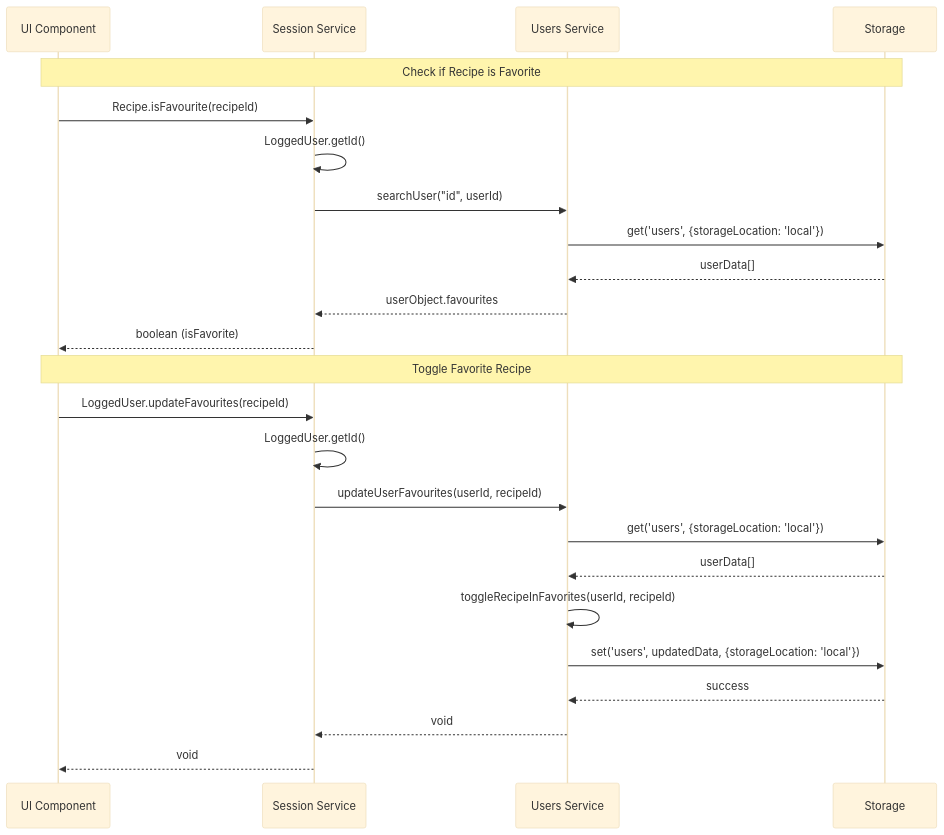
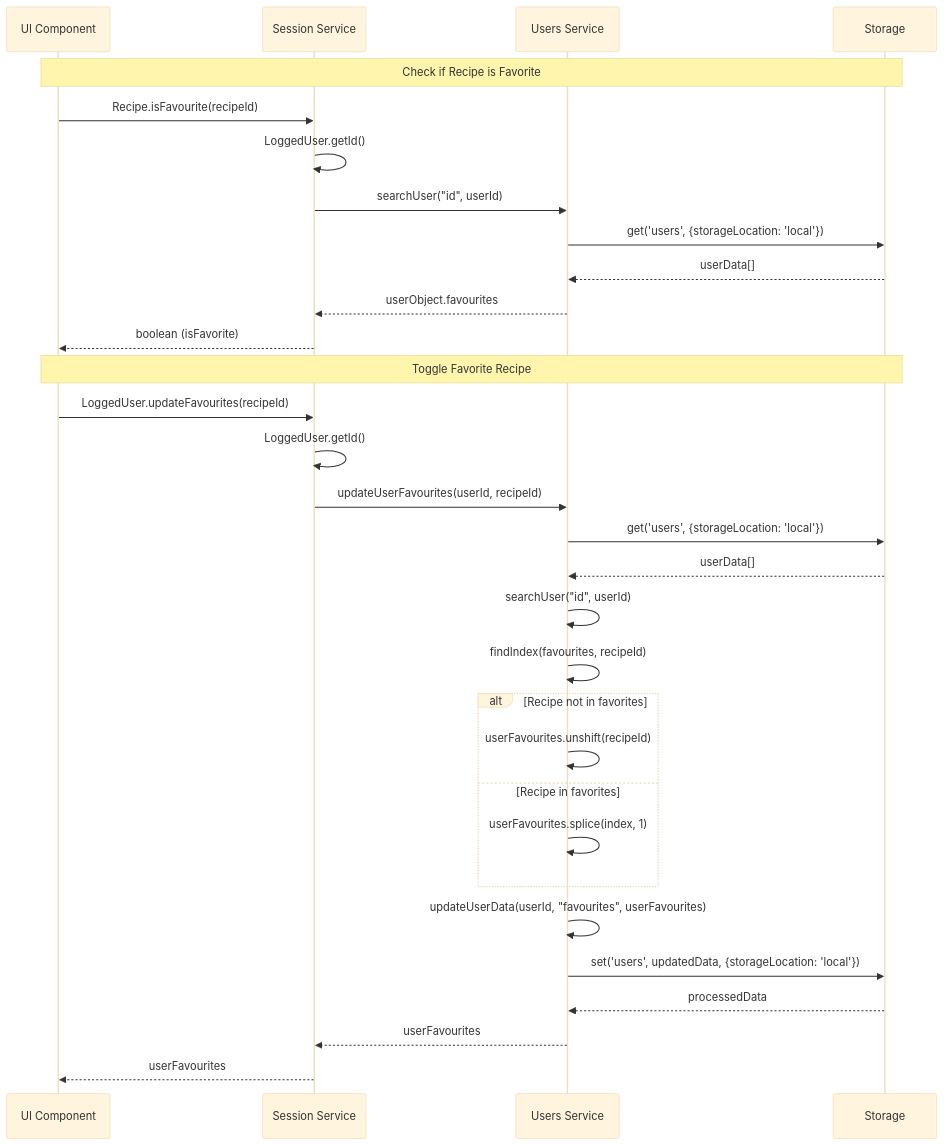
One commit to damiano-g/PGRC-project changed the second of 11 diagrams in documentation/diagrams/04-session-service-sequence.md. Above: the diagram before and after it, drawn with Mermaid (base theme). The commit also changed other lines of this file and 6 other files, not shown here.

````diff
--- a/documentation/diagrams/04-session-service-sequence.md
+++ b/documentation/diagrams/04-session-service-sequence.md
@@ -31,28 +31,35 @@
 ```mermaid
 sequenceDiagram
     participant UI as UI Component
     participant SS as Session Service
     participant US as Users Service
     participant ST as Storage
     
     Note over UI,ST: Check if Recipe is Favorite
     UI->>SS: Recipe.isFavourite(recipeId)
     SS->>SS: LoggedUser.getId()
     SS->>US: searchUser("id", userId)
     US->>ST: get('users', {storageLocation: 'local'})
     ST-->>US: userData[]
     US-->>SS: userObject.favourites
     SS-->>UI: boolean (isFavorite)
     
     Note over UI,ST: Toggle Favorite Recipe
     UI->>SS: LoggedUser.updateFavourites(recipeId)
     SS->>SS: LoggedUser.getId()
     SS->>US: updateUserFavourites(userId, recipeId)
     US->>ST: get('users', {storageLocation: 'local'})
     ST-->>US: userData[]
-    US->>US: toggleRecipeInFavorites(userId, recipeId)
+    US->>US: searchUser("id", userId)
+    US->>US: findIndex(favourites, recipeId)
+    alt Recipe not in favorites
+        US->>US: userFavourites.unshift(recipeId)
+    else Recipe in favorites
+        US->>US: userFavourites.splice(index, 1)
+    end
+    US->>US: updateUserData(userId, "favourites", userFavourites)
     US->>ST: set('users', updatedData, {storageLocation: 'local'})
-    ST-->>US: success
-    US-->>SS: void
-    SS-->>UI: void
+    ST-->>US: processedData
+    US-->>SS: userFavourites
+    SS-->>UI: userFavourites
 ```
````
